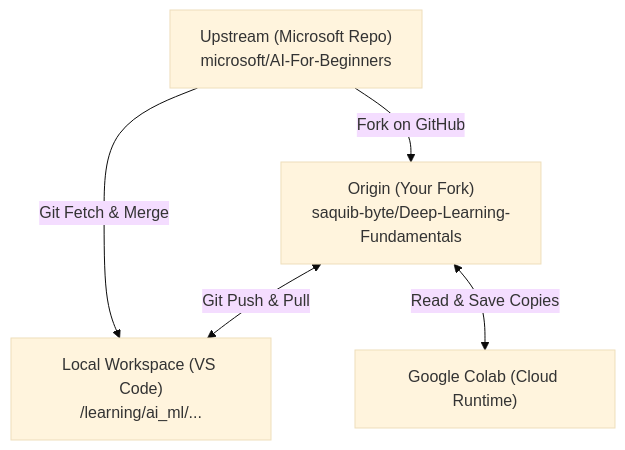
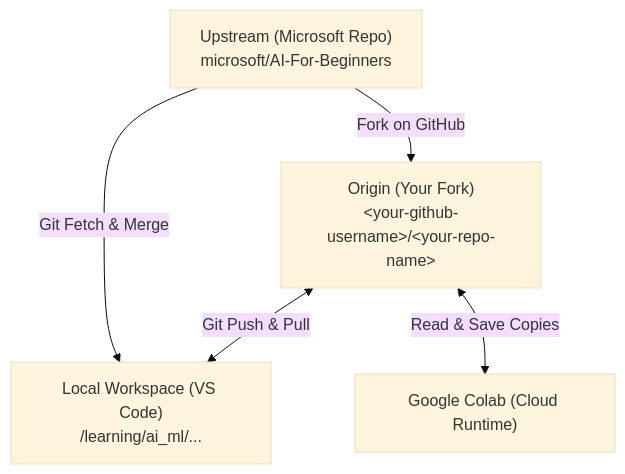
One commit to saquib-byte/Deep-Learning-Fundamentals changed the diagram in WORKFLOW_DOCS/02_Fork_and_Clone_Architecture.md. Above: the diagram before and after it, drawn with Mermaid (base theme). The commit also changed other lines of this file and 6 other files, not shown here.

````diff
--- a/WORKFLOW_DOCS/02_Fork_and_Clone_Architecture.md
+++ b/WORKFLOW_DOCS/02_Fork_and_Clone_Architecture.md
@@ -9,12 +9,12 @@
 ```mermaid
 graph TD
     Upstream["Upstream (Microsoft Repo)<br/>microsoft/AI-For-Beginners"] 
-    Origin["Origin (Your Fork)<br/>saquib-byte/Deep-Learning-Fundamentals"]
+    Origin["Origin (Your Fork)<br/>&lt;your-github-username&gt;/&lt;your-repo-name&gt;"]
     Local["Local Workspace (VS Code)<br/>/learning/ai_ml/..."]
     Colab["Google Colab (Cloud Runtime)"]
 
     Upstream -->|Fork on GitHub| Origin
     Origin <-->|Git Push & Pull| Local
     Origin <-->|Read & Save Copies| Colab
     Upstream -->|Git Fetch & Merge| Local
 ```
````
